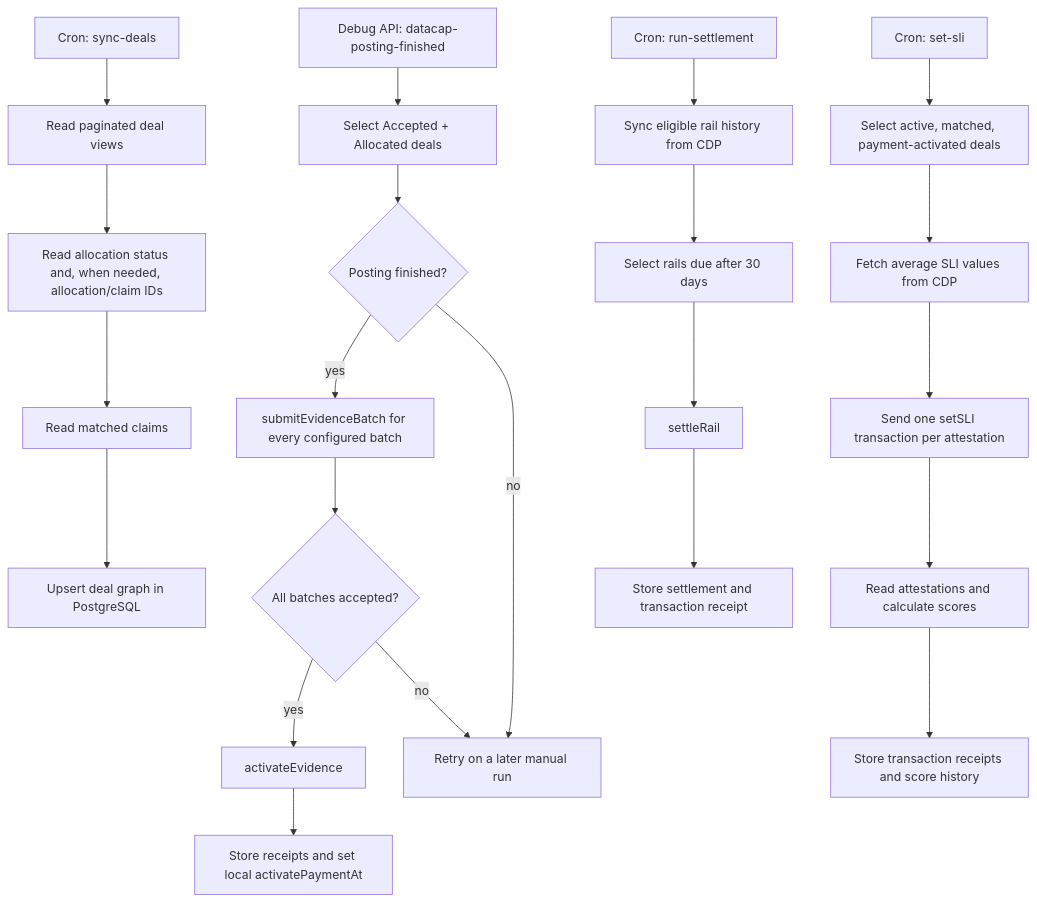
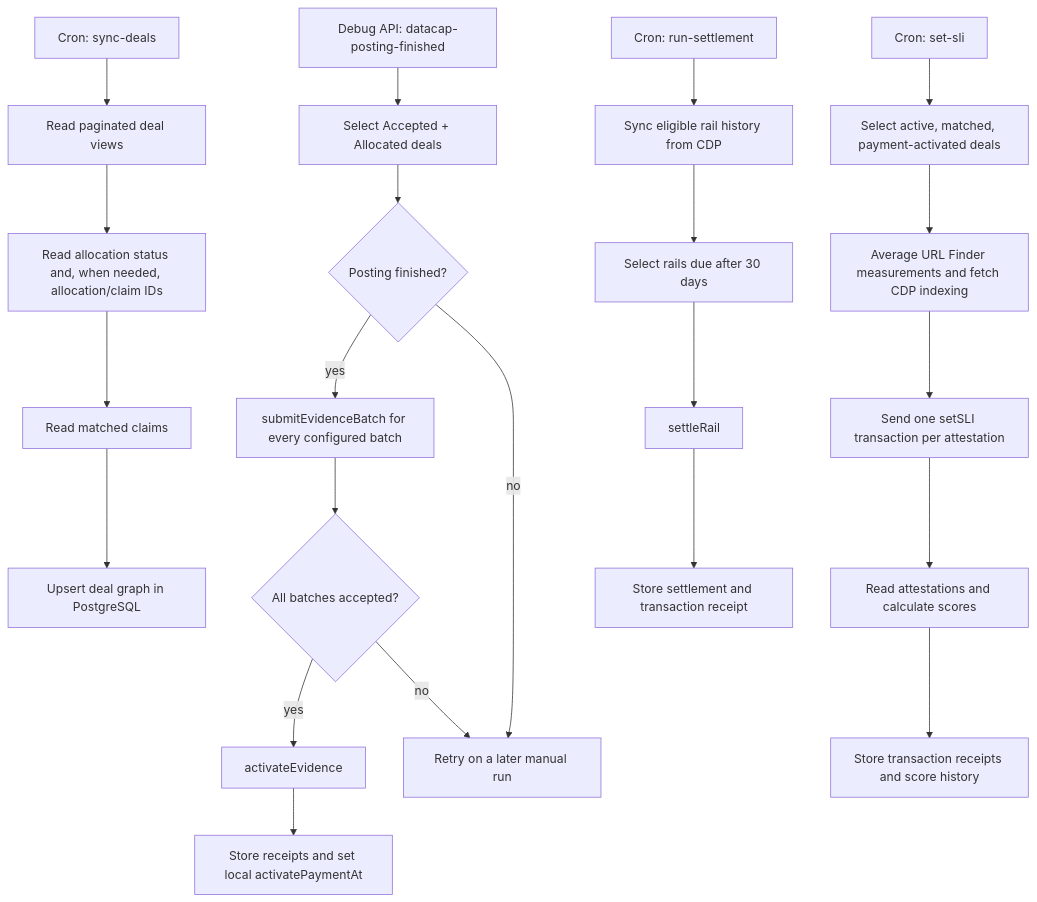
The second of 2 diagrams in README.md (fidlabs/filecoin-oracle-service), drawn with Mermaid before and after one commit. The commit also changed other lines of this file and 2 other files, not shown here.

Commit message:
First draft for get slis from RPA and CDP

````diff
--- a/README.md
+++ b/README.md
@@ -54,27 +54,27 @@
 ```mermaid
 flowchart TD
     SyncCron[Cron: sync-deals] --> Views[Read paginated deal views]
     Views --> Adapter[Read allocation status and, when needed, allocation/claim IDs]
     Adapter --> Inspector[Read matched claims]
     Inspector --> Upsert[Upsert deal graph in PostgreSQL]
 
     Debug[Debug API: datacap-posting-finished] --> Eligible[Select Accepted + Allocated deals]
     Eligible --> Finished{Posting finished?}
     Finished -->|yes| Batches[submitEvidenceBatch for every configured batch]
     Batches --> Accepted{All batches accepted?}
     Accepted -->|yes| Activate[activateEvidence]
     Activate --> Marker[Store receipts and set local activatePaymentAt]
     Finished -->|no| Stop[Retry on a later manual run]
     Accepted -->|no| Stop
 
     SliCron[Cron: set-sli] --> Active[Select active, matched, payment-activated deals]
-    Active --> CDP[Fetch average SLI values from CDP]
-    CDP --> SetSLI[Send one setSLI transaction per attestation]
+    Active --> Metrics[Average URL Finder measurements and fetch CDP indexing]
+    Metrics --> SetSLI[Send one setSLI transaction per attestation]
     SetSLI --> Score[Read attestations and calculate scores]
     Score --> StoreScore[Store transaction receipts and score history]
 
     SettlementCron[Cron: run-settlement] --> SyncHistory[Sync eligible rail history from CDP]
     SyncHistory --> Due[Select rails due after 30 days]
     Due --> Settle[settleRail]
     Settle --> StoreSettlement[Store settlement and transaction receipt]
 ```
````
